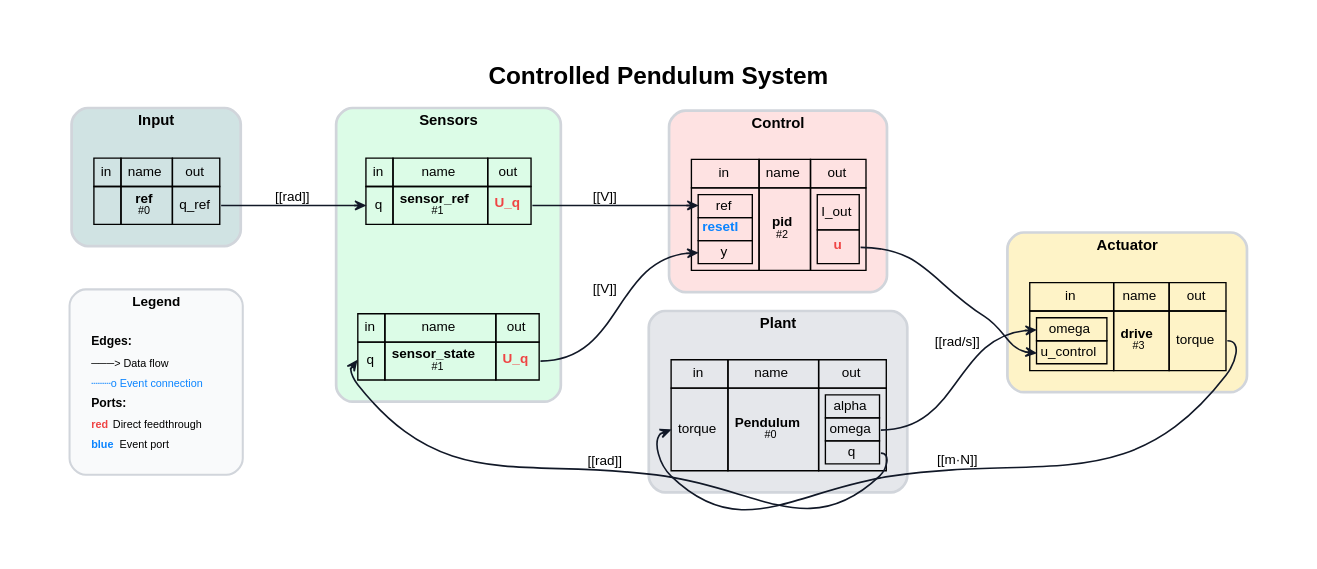
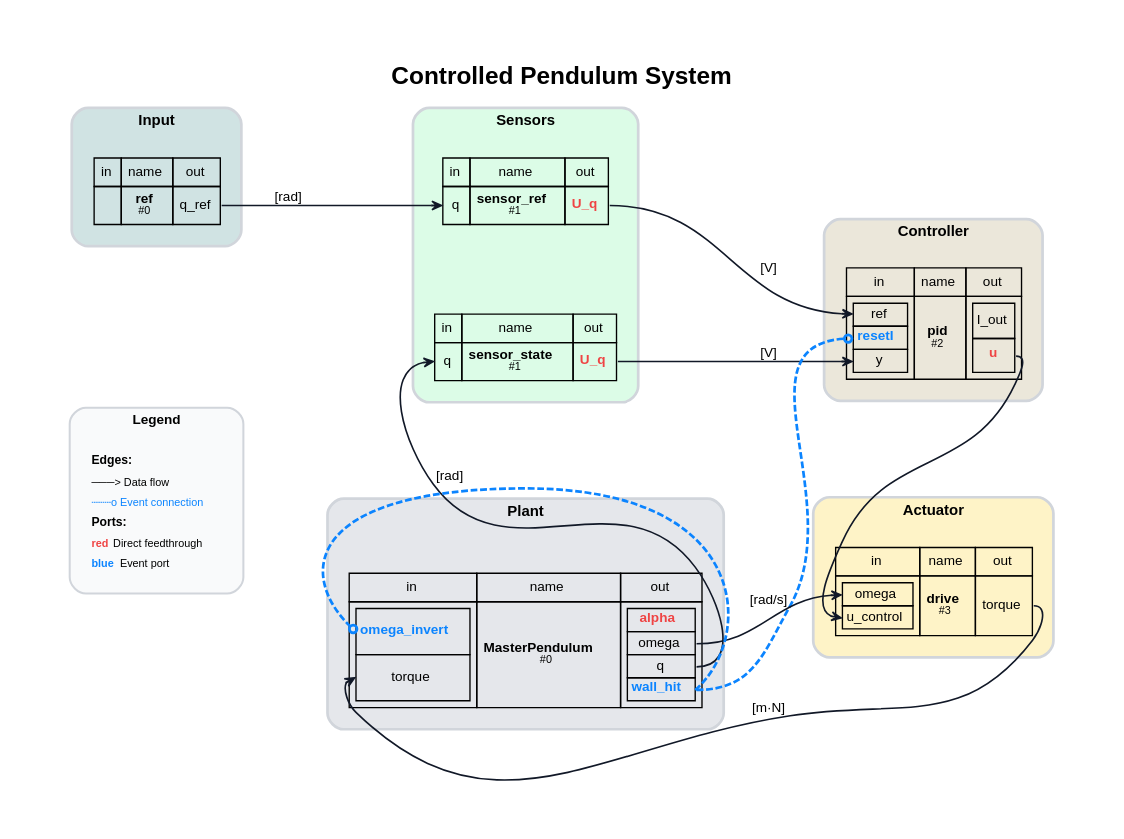
One commit to FlorianFrech/SystemSimulation changed the diagram in demos/ControlledPendulum/Digraph.gv. Above: the diagram before and after it, drawn with Graphviz. The commit also changed 98 other files, not shown here.

```diff
--- a/demos/ControlledPendulum/Digraph.gv
+++ b/demos/ControlledPendulum/Digraph.gv
@@ -1,47 +1,49 @@
 // System: Controlled Pendulum System
 digraph {
 	graph [bgcolor=white compound=true esep=0 fontname="Helvetica-Bold" fontsize=18 label="Controlled Pendulum System" labelloc=t margin=0.2 nodesep=0.8 pad=0.5 rankdir=LR ranksep=0.8 sep=0 splines=true]
 	node [fillcolor=white fontname=Helvetica fontsize=10 margin="0.05,0.05" shape=plaintext style=""]
 	edge [arrowhead=vee arrowsize=0.7 arrowtail=none color="#111827" dir=forward fontname=Helvetica fontsize=10 labelangle=45 labelfontcolor="#374151" minlen=1.2 penwidth=1.2]
 	subgraph cluster_legend {
 		bgcolor="#f9fafb" color="#d1d5db" fontname="Helvetica-Bold" fontsize=10 label=Legend margin=8 penwidth=1.5 rank=sink style=rounded
 		legend_node [label=<
             <TABLE BORDER="0" CELLBORDER="0" CELLSPACING="2" CELLPADDING="2">
                 <TR><TD ALIGN="LEFT"><FONT POINT-SIZE="9"><B>Edges:</B></FONT></TD></TR>
                 <TR><TD ALIGN="LEFT"><FONT POINT-SIZE="8">───&gt; Data flow</FONT></TD></TR>
                 <TR><TD ALIGN="LEFT"><FONT POINT-SIZE="8" COLOR="#0b84ff">┄┄┄o Event connection</FONT></TD></TR>
                 <TR><TD ALIGN="LEFT"><FONT POINT-SIZE="9"><B>Ports:</B></FONT></TD></TR>
                 <TR><TD ALIGN="LEFT"><FONT POINT-SIZE="8" COLOR="#ef4444"><B>red</B></FONT> Direct feedthrough</TD></TR>
                 <TR><TD ALIGN="LEFT"><FONT POINT-SIZE="8" COLOR="#0b84ff"><B>blue</B></FONT> Event port</TD></TR>
             </TABLE>
             > fontsize=8 shape=plaintext]
 	}
 	subgraph cluster_Input {
 		bgcolor="#d0e3e3" color="#d1d5db" fontname="Helvetica-Bold" fontsize=11 label=Input margin=12 penwidth=2 style=rounded
 		ref [label=<<TABLE BORDER="0" CELLBORDER="1" CELLSPACING="0" CELLPADDING="4"><TR><TD>in</TD><TD>name</TD><TD>out</TD></TR><TR><TD></TD><TD><B>ref</B><BR/><FONT POINT-SIZE="8">#0</FONT></TD><TD PORT="q_ref">q_ref</TD></TR></TABLE>>]
 	}
 	subgraph cluster_Sensors {
 		bgcolor="#dcfce7" color="#d1d5db" fontname="Helvetica-Bold" fontsize=11 label=Sensors margin=12 penwidth=2 style=rounded
 		sensor_ref [label=<<TABLE BORDER="0" CELLBORDER="1" CELLSPACING="0" CELLPADDING="4"><TR><TD>in</TD><TD>name</TD><TD>out</TD></TR><TR><TD PORT="q">q</TD><TD><B>sensor_ref</B><BR/><FONT POINT-SIZE="8">#1</FONT></TD><TD PORT="U_q"><FONT COLOR="#ef4444"><B>U_q</B></FONT></TD></TR></TABLE>>]
 		sensor_state [label=<<TABLE BORDER="0" CELLBORDER="1" CELLSPACING="0" CELLPADDING="4"><TR><TD>in</TD><TD>name</TD><TD>out</TD></TR><TR><TD PORT="q">q</TD><TD><B>sensor_state</B><BR/><FONT POINT-SIZE="8">#1</FONT></TD><TD PORT="U_q"><FONT COLOR="#ef4444"><B>U_q</B></FONT></TD></TR></TABLE>>]
 	}
-	subgraph cluster_Control {
-		bgcolor="#fee2e2" color="#d1d5db" fontname="Helvetica-Bold" fontsize=11 label=Control margin=12 penwidth=2 style=rounded
+	subgraph cluster_Controller {
+		bgcolor="#ebe7da" color="#d1d5db" fontname="Helvetica-Bold" fontsize=11 label=Controller margin=12 penwidth=2 style=rounded
 		pid [label=<<TABLE BORDER="0" CELLBORDER="1" CELLSPACING="0" CELLPADDING="4"><TR><TD>in</TD><TD>name</TD><TD>out</TD></TR><TR><TD><TABLE BORDER="0" CELLBORDER="1" CELLSPACING="0" CELLPADDING="2"><TR><TD PORT="ref">ref</TD></TR><TR><TD PORT="resetI"><FONT COLOR="#0b84ff"><B>resetI</B></FONT></TD></TR><TR><TD PORT="y">y</TD></TR></TABLE></TD><TD><B>pid</B><BR/><FONT POINT-SIZE="8">#2</FONT></TD><TD><TABLE BORDER="0" CELLBORDER="1" CELLSPACING="0" CELLPADDING="2"><TR><TD PORT="I_out">I_out</TD></TR><TR><TD PORT="u"><FONT COLOR="#ef4444"><B>u</B></FONT></TD></TR></TABLE></TD></TR></TABLE>>]
 	}
 	subgraph cluster_Actuator {
 		bgcolor="#fef3c7" color="#d1d5db" fontname="Helvetica-Bold" fontsize=11 label=Actuator margin=12 penwidth=2 style=rounded
 		drive [label=<<TABLE BORDER="0" CELLBORDER="1" CELLSPACING="0" CELLPADDING="4"><TR><TD>in</TD><TD>name</TD><TD>out</TD></TR><TR><TD><TABLE BORDER="0" CELLBORDER="1" CELLSPACING="0" CELLPADDING="2"><TR><TD PORT="omega">omega</TD></TR><TR><TD PORT="u_control">u_control</TD></TR></TABLE></TD><TD><B>drive</B><BR/><FONT POINT-SIZE="8">#3</FONT></TD><TD PORT="torque">torque</TD></TR></TABLE>>]
 	}
 	subgraph cluster_Plant {
 		bgcolor="#e5e7eb" color="#d1d5db" fontname="Helvetica-Bold" fontsize=11 label=Plant margin=12 penwidth=2 style=rounded
-		Pendulum [label=<<TABLE BORDER="0" CELLBORDER="1" CELLSPACING="0" CELLPADDING="4"><TR><TD>in</TD><TD>name</TD><TD>out</TD></TR><TR><TD PORT="torque">torque</TD><TD><B>Pendulum</B><BR/><FONT POINT-SIZE="8">#0</FONT></TD><TD><TABLE BORDER="0" CELLBORDER="1" CELLSPACING="0" CELLPADDING="2"><TR><TD PORT="alpha">alpha</TD></TR><TR><TD PORT="omega">omega</TD></TR><TR><TD PORT="q">q</TD></TR></TABLE></TD></TR></TABLE>>]
+		MasterPendulum [label=<<TABLE BORDER="0" CELLBORDER="1" CELLSPACING="0" CELLPADDING="4"><TR><TD>in</TD><TD>name</TD><TD>out</TD></TR><TR><TD><TABLE BORDER="0" CELLBORDER="1" CELLSPACING="0" CELLPADDING="2"><TR><TD PORT="omega_invert"><FONT COLOR="#0b84ff"><B>omega_invert</B></FONT></TD></TR><TR><TD PORT="torque">torque</TD></TR></TABLE></TD><TD><B>MasterPendulum</B><BR/><FONT POINT-SIZE="8">#0</FONT></TD><TD><TABLE BORDER="0" CELLBORDER="1" CELLSPACING="0" CELLPADDING="2"><TR><TD PORT="alpha"><FONT COLOR="#ef4444"><B>alpha</B></FONT></TD></TR><TR><TD PORT="omega">omega</TD></TR><TR><TD PORT="q">q</TD></TR><TR><TD PORT="wall_hit"><FONT COLOR="#0b84ff"><B>wall_hit</B></FONT></TD></TR></TABLE></TD></TR></TABLE>>]
 	}
-	ref -> sensor_ref [label="[[rad]]" color="#111827" headclip=true headport="q:w" style=solid tailclip=true tailport="q_ref:e"]
-	Pendulum -> sensor_state [label="[[rad]]" color="#111827" headclip=true headport="q:w" style=solid tailclip=true tailport="q:e"]
-	sensor_ref -> pid [label="[[V]]" color="#111827" headclip=true headport="ref:w" style=solid tailclip=true tailport="U_q:e"]
-	sensor_state -> pid [label="[[V]]" color="#111827" headclip=true headport="y:w" style=solid tailclip=true tailport="U_q:e"]
+	ref -> sensor_ref [label="[rad]" color="#111827" headclip=true headport="q:w" style=solid tailclip=true tailport="q_ref:e"]
+	MasterPendulum -> sensor_state [label="[rad]" color="#111827" headclip=true headport="q:w" style=solid tailclip=true tailport="q:e"]
+	sensor_ref -> pid [label="[V]" color="#111827" headclip=true headport="ref:w" style=solid tailclip=true tailport="U_q:e"]
+	sensor_state -> pid [label="[V]" color="#111827" headclip=true headport="y:w" style=solid tailclip=true tailport="U_q:e"]
 	pid -> drive [label="" color="#111827" headclip=true headport="u_control:w" style=solid tailclip=true tailport="u:e"]
-	drive -> Pendulum [label="[[m·N]]" color="#111827" headclip=true headport="torque:w" style=solid tailclip=true tailport="torque:e"]
-	Pendulum -> drive [label="[[rad/s]]" color="#111827" headclip=true headport="omega:w" style=solid tailclip=true tailport="omega:e"]
+	drive -> MasterPendulum [label="[m·N]" color="#111827" headclip=true headport="torque:w" style=solid tailclip=true tailport="torque:e"]
+	MasterPendulum -> drive [label="[rad/s]" color="#111827" headclip=true headport="omega:w" style=solid tailclip=true tailport="omega:e"]
+	MasterPendulum -> MasterPendulum [label="" arrowhead=odot color="#0b84ff" fontcolor="#0b84ff" headclip=true headport="omega_invert:w" penwidth=2.0 style=dashed tailclip=true tailport="wall_hit:e"]
+	MasterPendulum -> pid [label="" arrowhead=odot color="#0b84ff" fontcolor="#0b84ff" headclip=true headport="resetI:w" penwidth=2.0 style=dashed tailclip=true tailport="wall_hit:e"]
 }
```
